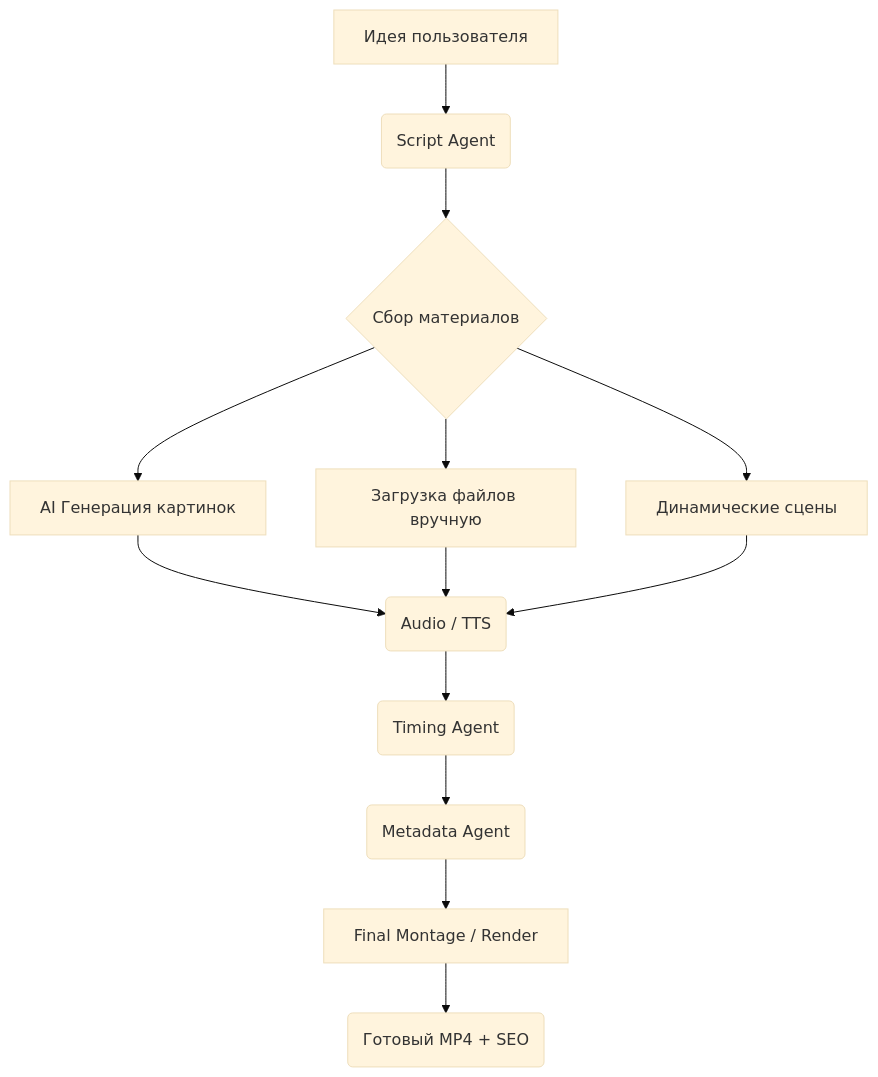
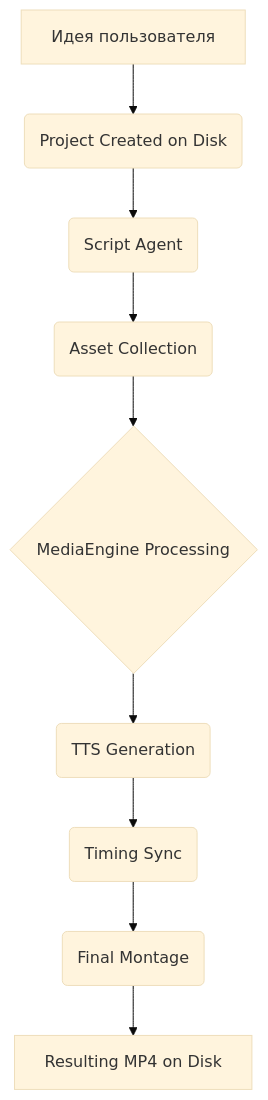
The diagram in ARCHITECTURE.md (geronda94/ffmpeg-engine), drawn with Mermaid (base theme) before and after one commit. The commit also changed other lines of this file and 62 other files, not shown here.

````diff
--- a/ARCHITECTURE.md
+++ b/ARCHITECTURE.md
@@ -57,13 +42,11 @@
 ```mermaid
 graph TD
-    A[Идея пользователя] --> B(Script Agent)
-    B --> C{Сбор материалов}
-    C --> D[AI Генерация картинок]
-    C --> E[Загрузка файлов вручную]
-    C --> F[Динамические сцены]
-    D & E & F --> G(Audio / TTS)
-    G --> H(Timing Agent)
-    H --> I(Metadata Agent)
-    I --> J[Final Montage / Render]
-    J --> K(Готовый MP4 + SEO)
+    A[Идея пользователя] --> B(Project Created on Disk)
+    B --> C(Script Agent)
+    C --> D(Asset Collection)
+    D --> E{MediaEngine Processing}
+    E --> F(TTS Generation)
+    F --> G(Timing Sync)
+    G --> H(Final Montage)
+    H --> I[Resulting MP4 on Disk]
 ```
````
